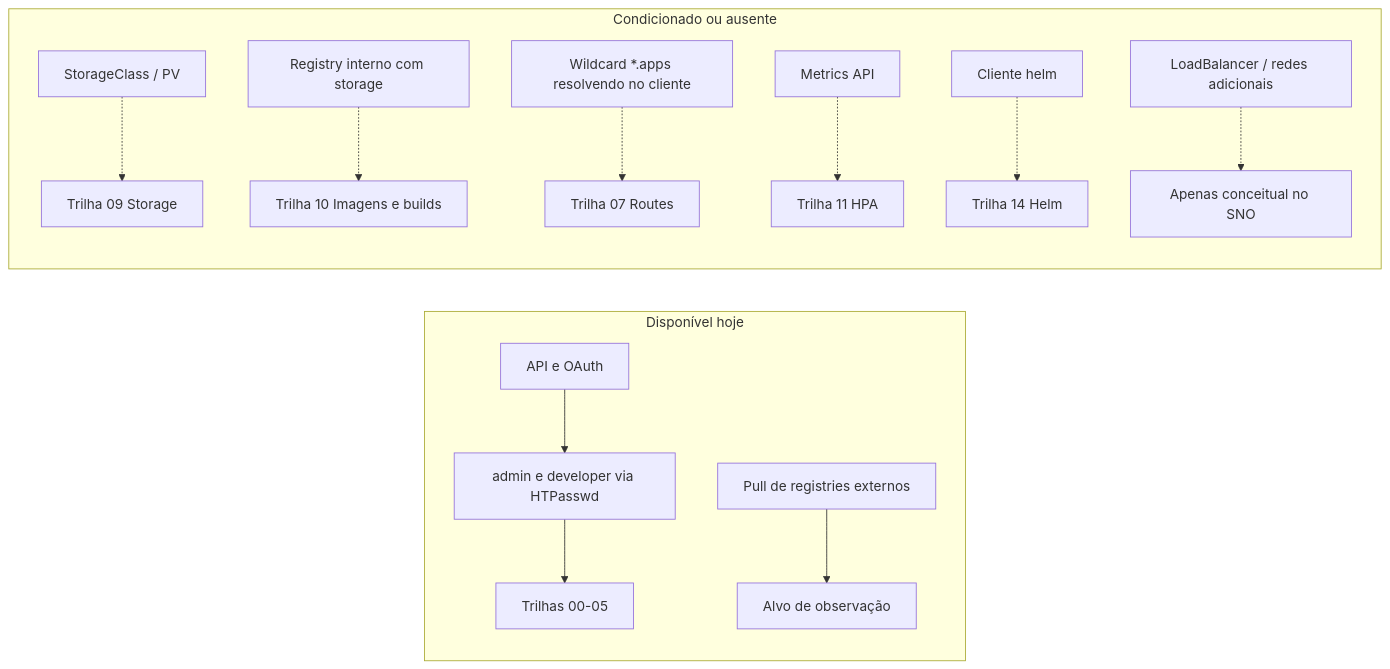
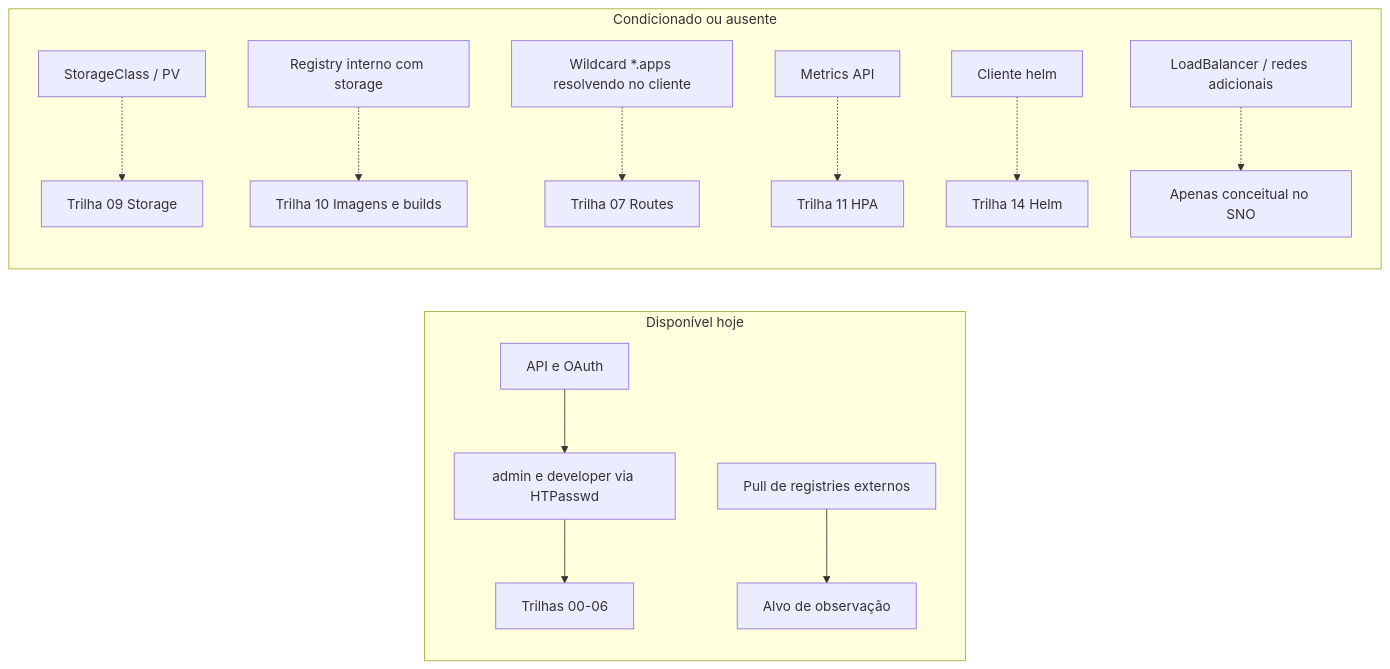
One commit to eduardoandradej/academia-comandos-openshift changed the diagram in catalogo/matriz-competencias.md. Above: the diagram before and after it, drawn with Mermaid. The commit also changed other lines of this file and 54 other files, not shown here.

````diff
--- a/catalogo/matriz-competencias.md
+++ b/catalogo/matriz-competencias.md
@@ -50,16 +51,16 @@
 ```mermaid
 flowchart LR
   subgraph disponivel[Disponível hoje]
     API[API e OAuth] --> ID[admin e developer via HTPasswd]
-    ID --> T00[Trilhas 00-05]
+    ID --> T00[Trilhas 00-06]
     IMG[Pull de registries externos] --> T02[Alvo de observação]
   end
   subgraph condicionado[Condicionado ou ausente]
     SC[StorageClass / PV] -.-> T09[Trilha 09 Storage]
     REG[Registry interno com storage] -.-> T10[Trilha 10 Imagens e builds]
     DNS[Wildcard *.apps resolvendo no cliente] -.-> T07[Trilha 07 Routes]
     MET[Metrics API] -.-> T11[Trilha 11 HPA]
     HELM[Cliente helm] -.-> T14[Trilha 14 Helm]
     LB[LoadBalancer / redes adicionais] -.-> X[Apenas conceitual no SNO]
   end
 ```
````
